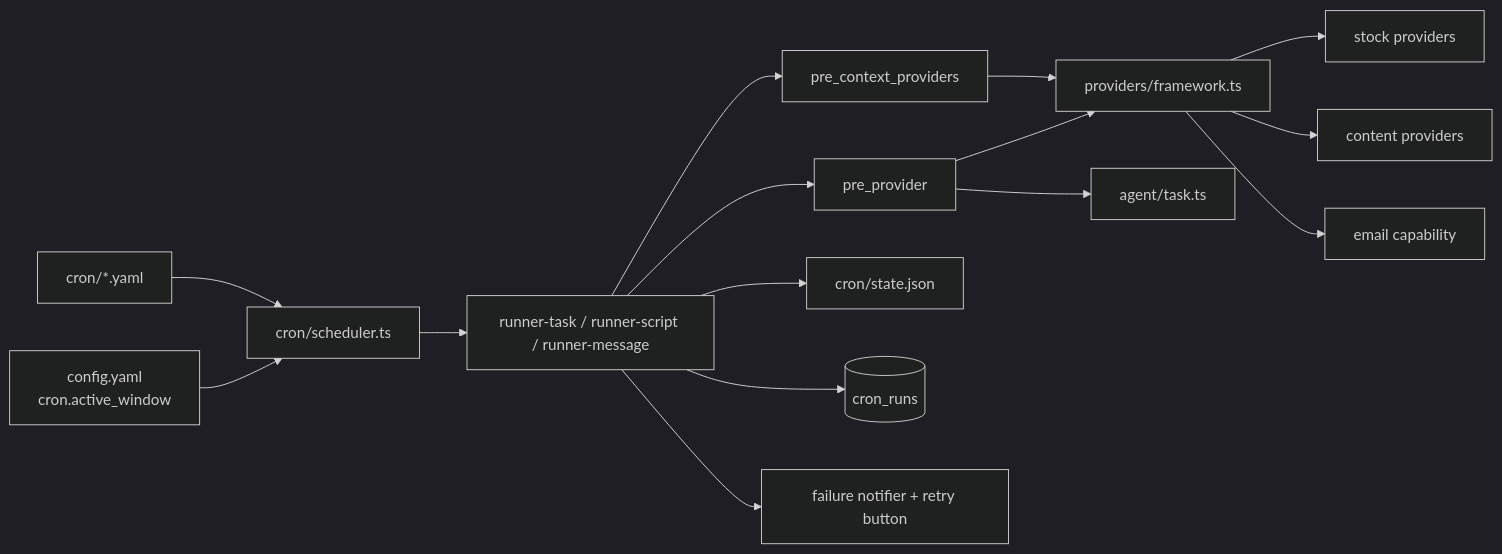
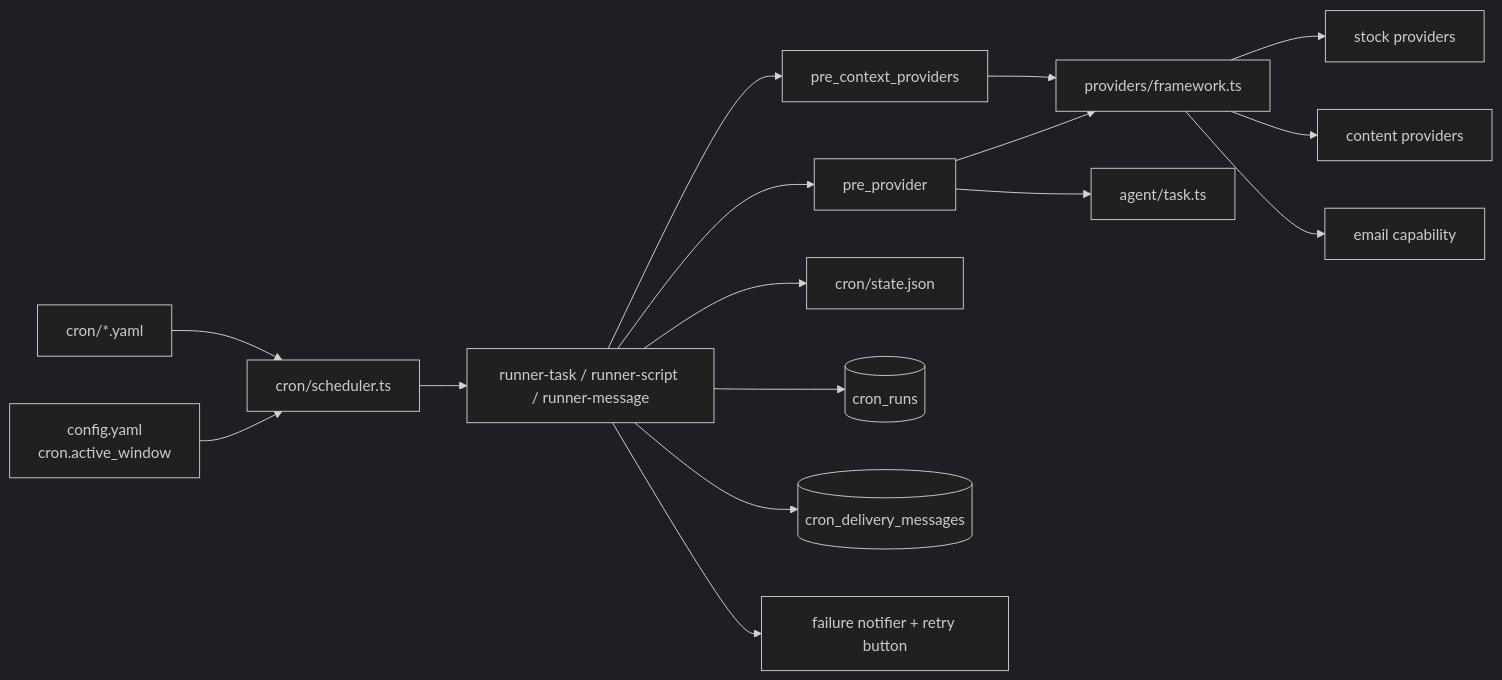
The fifth of 6 diagrams in docs/architecture.md (yuanyunfan/miniclaw), drawn with Mermaid (dark theme) before and after one commit. The commit also changed other lines of this file and 17 other files, not shown here.

Commit message:
feat: add daily cron message groups

````diff
--- a/docs/architecture.md
+++ b/docs/architecture.md
@@ -192,17 +192,18 @@
 ```mermaid
 flowchart LR
   Job["cron/*.yaml"] --> Scheduler["cron/scheduler.ts"]
   Config["config.yaml<br/>cron.active_window"] --> Scheduler
   Scheduler --> Runner["runner-task / runner-script / runner-message"]
   Runner --> ContextProvider["pre_context_providers"]
   Runner --> PreProvider["pre_provider"]
   ContextProvider --> Framework["providers/framework.ts"]
   PreProvider --> Framework["providers/framework.ts"]
   Framework --> Stock["stock providers"]
   Framework --> Content["content providers"]
   Framework --> Email["email capability"]
   PreProvider --> Task["agent/task.ts"]
   Runner --> State["cron/state.json"]
   Runner --> Runs[("cron_runs")]
+  Runner --> DeliveryGroups[("cron_delivery_messages")]
   Runner --> Retry["failure notifier + retry button"]
 ```
````
